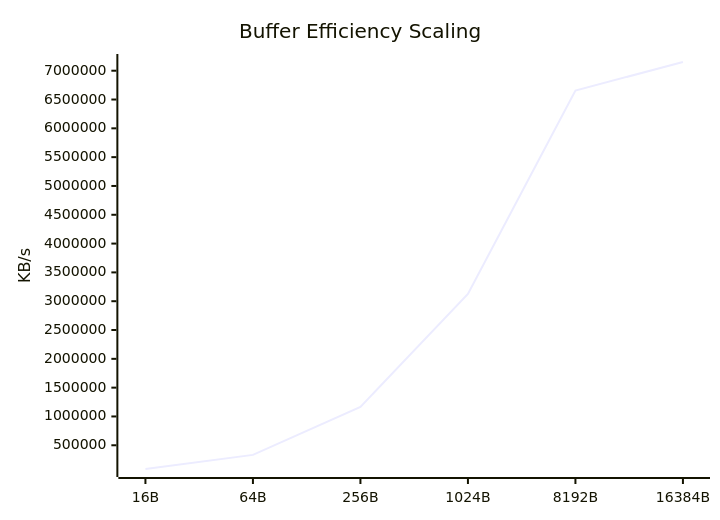
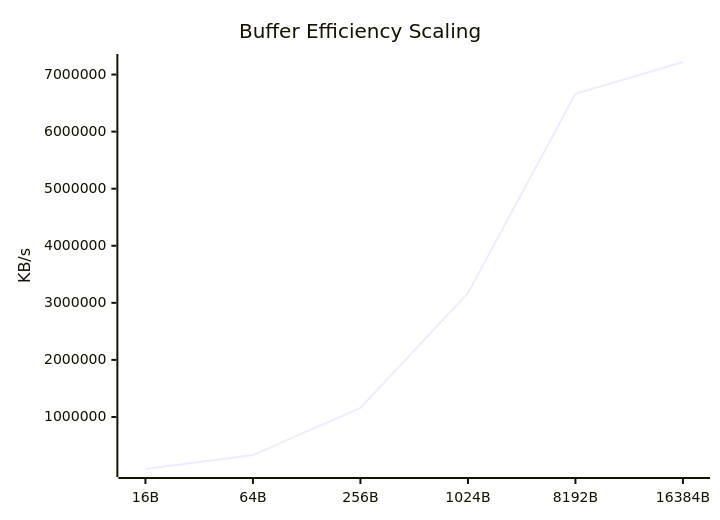
One commit to taha2samy/openssl_fips changed the sixth of 9 diagrams in docs/Comparison_Report.md. Above: the diagram before and after it, drawn with Mermaid. The commit also changed other lines of this file and 2 other files, not shown here.

````diff
--- a/docs/Comparison_Report.md
+++ b/docs/Comparison_Report.md
@@ -102,7 +102,7 @@
 ```mermaid
 xychart-beta
     title "Buffer Efficiency Scaling"
     x-axis [16B, 64B, 256B, 1024B, 8192B, 16384B]
     y-axis "KB/s"
-    line [88214.58, 332867.62, 1166554.11, 3124620.29, 6656253.95, 7151181.82]
+    line [88338.01, 331896.38, 1159689.75, 3167337.06, 6661653.3, 7219948.75]
 ```
````
